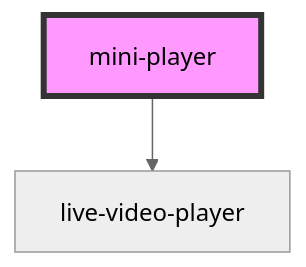
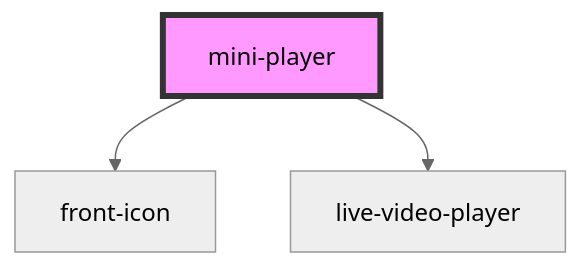
Before and after one commit to commerce-suite/storefront-components: the diagram in src/components/ui/mini-player/readme.md, drawn with Mermaid (neutral theme). The commit also changed other lines of this file and 5 other files, not shown here.

Commit message:
feat: add front-icon

````diff
--- a/src/components/ui/mini-player/readme.md
+++ b/src/components/ui/mini-player/readme.md
@@ -33,5 +34,6 @@
 ```mermaid
 graph TD;
+  mini-player --> front-icon
   mini-player --> live-video-player
   style mini-player fill:#f9f,stroke:#333,stroke-width:4px
 ```
````
